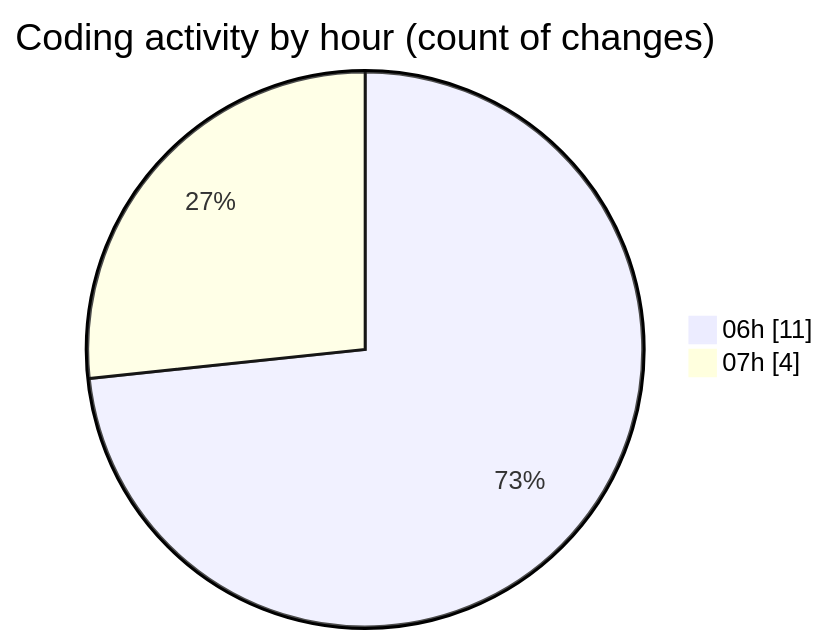
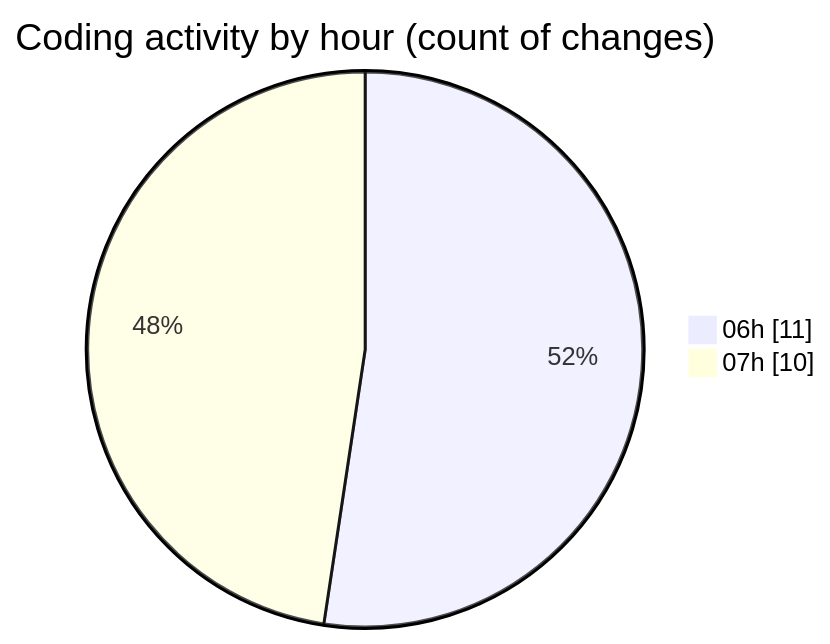
One commit to robertbonfada/code-tracking changed the second of 2 diagrams in 2025-01-22/mbc-web/README.md. Above: the diagram before and after it, drawn with Mermaid. The commit also changed other lines of this file and 1 other file, not shown here.

````diff
--- a/2025-01-22/mbc-web/README.md
+++ b/2025-01-22/mbc-web/README.md
@@ -32,6 +32,6 @@
 ```mermaid
 pie showData
 title Coding activity by hour (count of changes)
 "06h" : 11
-"07h" : 4
+"07h" : 10
 ```
````
